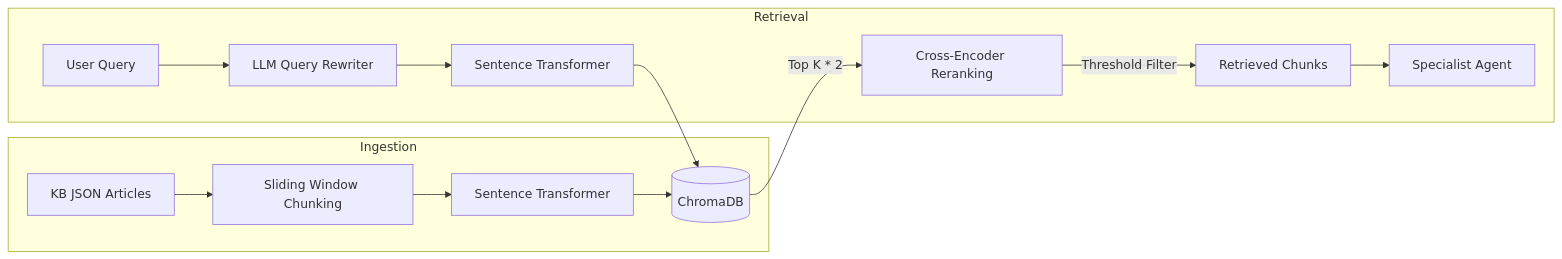
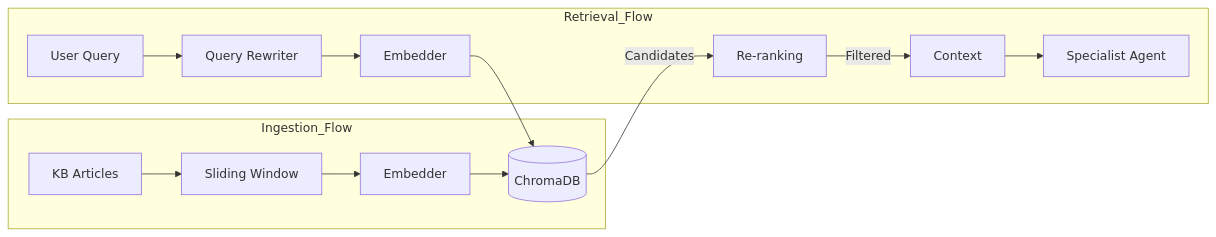
One commit to SoumyadeepXD/CloudDash-_Support_vikara_Soumyadeep changed the third of 3 diagrams in ARCHITECTURE.md. Above: the diagram before and after it, drawn with Mermaid. The commit also changed other lines of this file and 1 other file, not shown here.

````diff
--- a/ARCHITECTURE.md
+++ b/ARCHITECTURE.md
@@ -80,17 +101,17 @@
 ```mermaid
 flowchart LR
-    subgraph Ingestion
-        Docs[KB JSON Articles] --> Chunk[Sliding Window Chunking]
-        Chunk --> Embed1[Sentence Transformer]
+    subgraph Ingestion_Flow
+        Docs[KB Articles] --> Chunk[Sliding Window]
+        Chunk --> Embed1[Embedder]
         Embed1 --> VectorDB[(ChromaDB)]
     end
     
-    subgraph Retrieval
-        Query[User Query] --> Rewrite[LLM Query Rewriter]
-        Rewrite --> Embed2[Sentence Transformer]
+    subgraph Retrieval_Flow
+        Query[User Query] --> Rewrite[Query Rewriter]
+        Rewrite --> Embed2[Embedder]
         Embed2 --> VectorDB
-        VectorDB -->|Top K * 2| Rerank[Cross-Encoder Reranking]
-        Rerank -->|Threshold Filter| Final[Retrieved Chunks]
+        VectorDB -->|Candidates| Rerank[Re-ranking]
+        Rerank -->|Filtered| Final[Context]
         Final --> Agent[Specialist Agent]
     end
 ```
````
